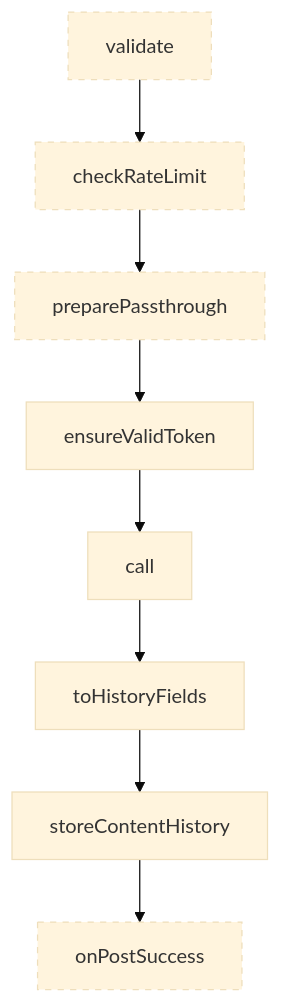
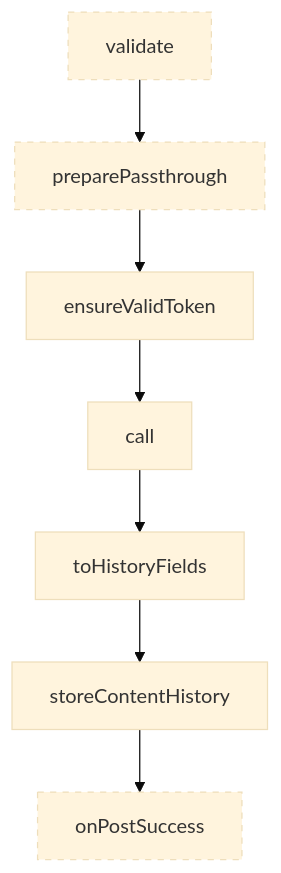
One commit to Andy00L/sharetopus changed the first of 5 diagrams in docs/PLATFORMS.md. Above: the diagram before and after it, drawn with Mermaid (base theme). The commit also changed other lines of this file and 15 other files, not shown here.

````diff
--- a/docs/PLATFORMS.md
+++ b/docs/PLATFORMS.md
@@ -49,15 +48,13 @@
 ```mermaid
 flowchart TD
-    A[validate] --> B[checkRateLimit]
-    B --> C[preparePassthrough]
+    A[validate] --> C[preparePassthrough]
     C --> D[ensureValidToken]
     D --> E[call]
     E --> F[toHistoryFields]
     F --> G[storeContentHistory]
     G --> H[onPostSuccess]
 
     style A stroke-dasharray: 5 5
-    style B stroke-dasharray: 5 5
     style C stroke-dasharray: 5 5
     style H stroke-dasharray: 5 5
 ```
````
